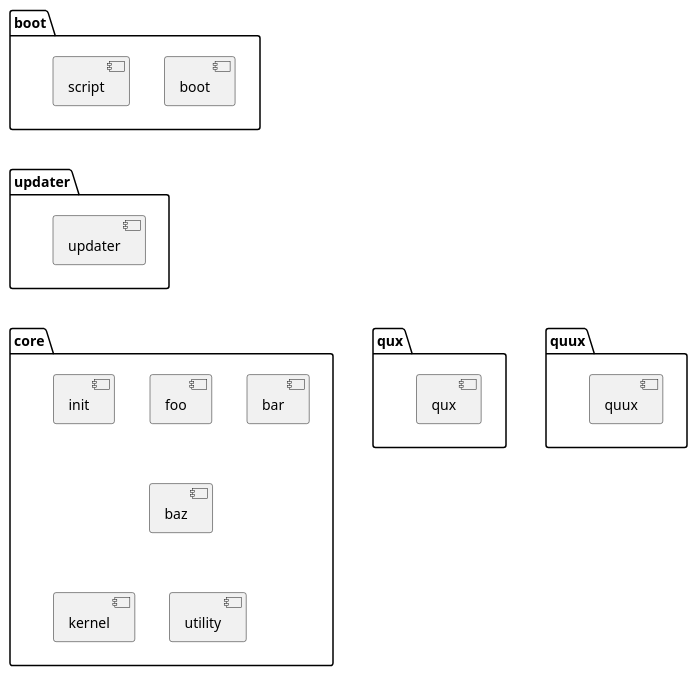
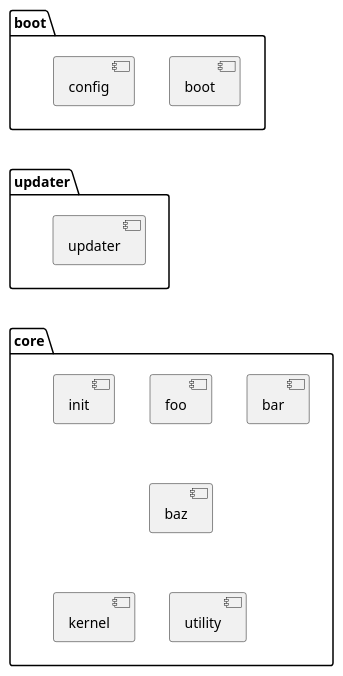
The first of 2 diagrams in README.md (kokabe2/surfes), drawn with PlantUML before and after one commit. The commit also changed other lines of this file, not shown here.

````diff
--- a/README.md
+++ b/README.md
@@ -9,43 +9,33 @@
 ```plantuml
 @startuml component diagram
 skinparam {
     defaultFontName Ricty Diminished
     monochrome true
 }
 
 package "boot" as boot_package{
     [boot]
-    [script]
+    [config]
 }
 
 package "core" as core_package{
     [kernel]
     [init]
     [utility]
     [foo]
     [bar]
     [baz]
 }
 
 [init] -[hidden]do--> [kernel]
 [utility] -[hidden]l--> [kernel]
 
 package "updater" as updater_package{
     [updater]
 }
 
-package "qux" as qux_package{
-    [qux]
-}
-
-package "quux" as quux_package{
-    [quux]
-}
-
 boot_package -[hidden]d-> updater_package
 updater_package -[hidden]d-> core_package
-core_package -[hidden]le-> qux_package
-core_package -[hidden]le-> quux_package
 
 @enduml
 ```
````
